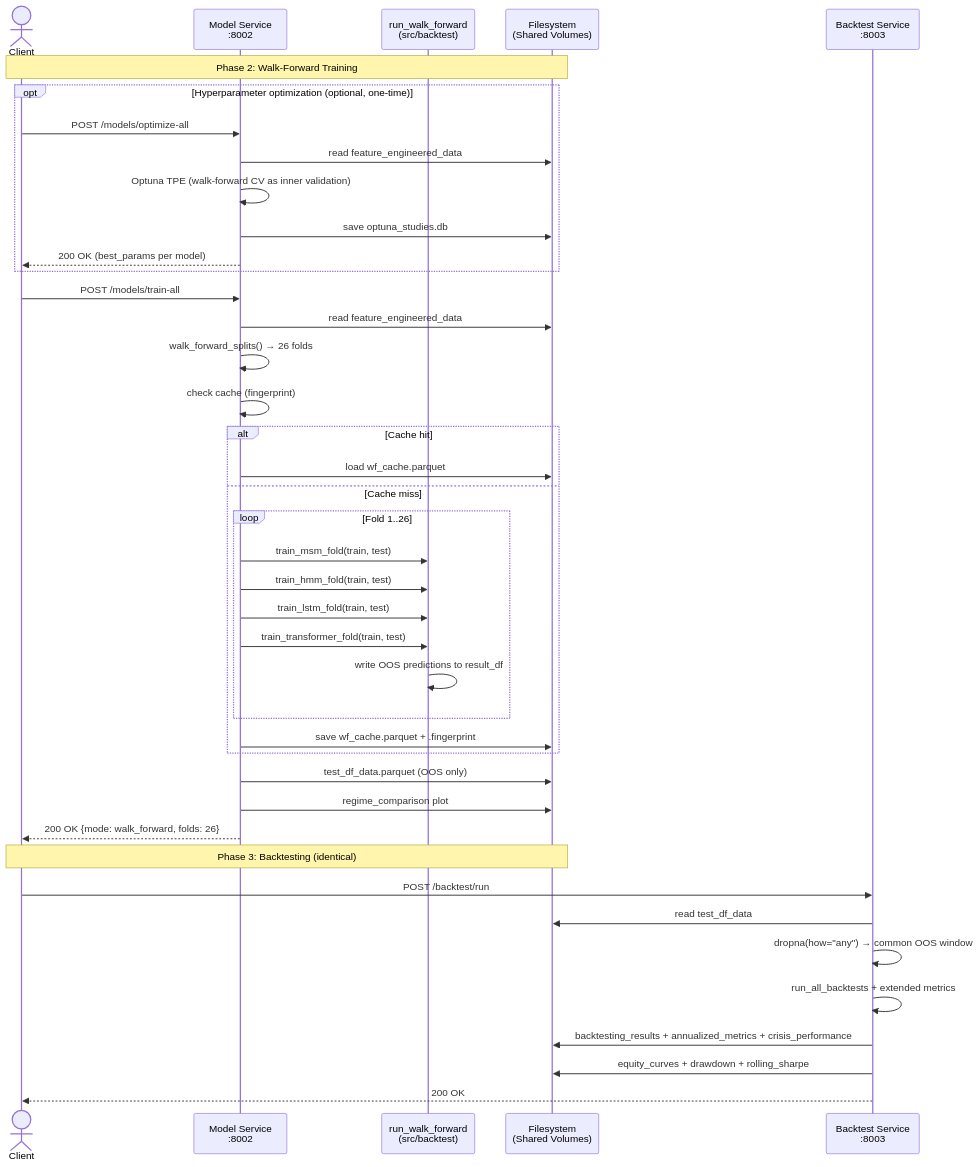
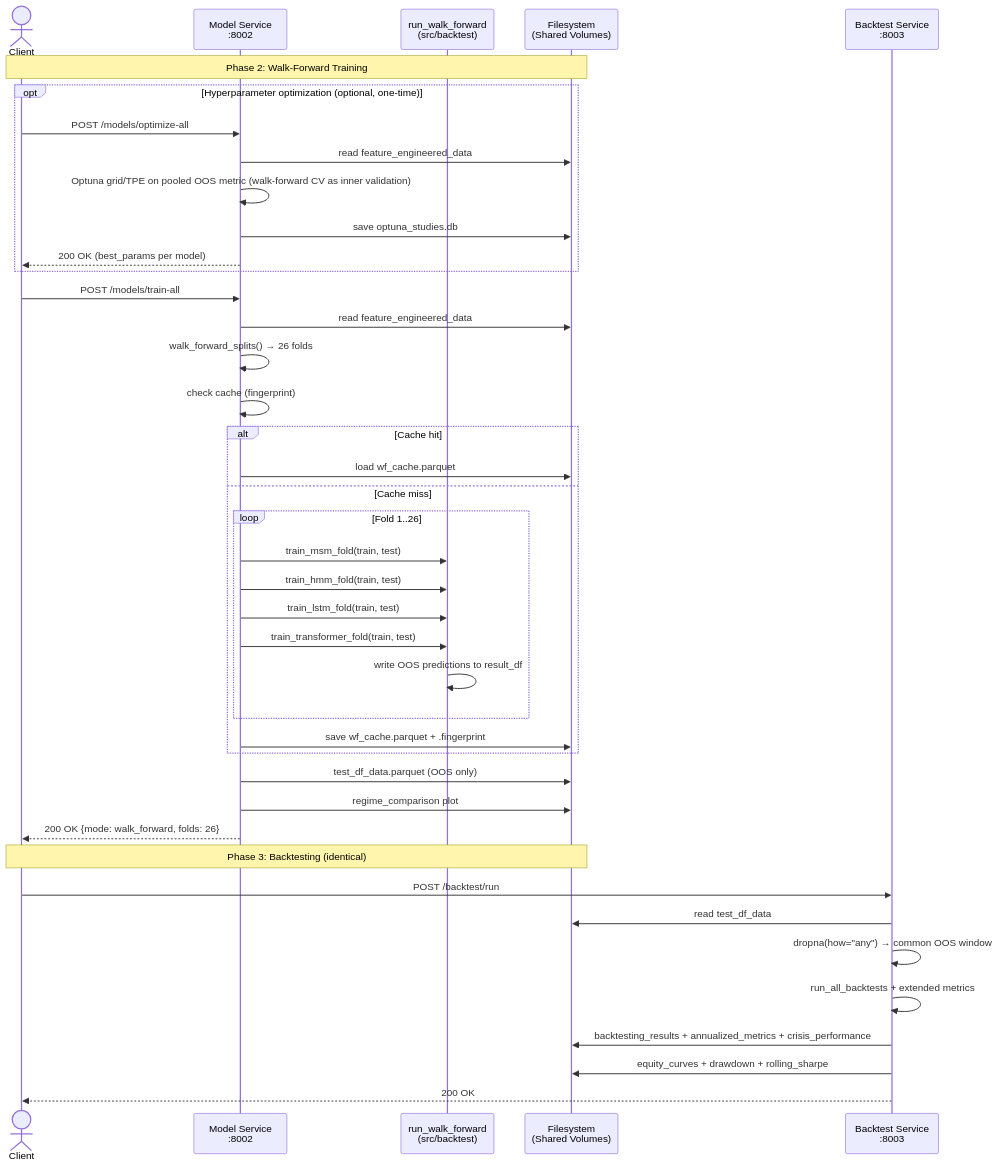
The second of 3 diagrams in docs/microservice-sequence-diagram.md (Torim98/regime-switching-daa-paper), drawn with Mermaid before and after one commit. The commit also changed 7 other files, not shown here.

````diff
--- a/docs/microservice-sequence-diagram.md
+++ b/docs/microservice-sequence-diagram.md
@@ -83,45 +83,45 @@
 ```mermaid
 sequenceDiagram
     actor Client
     participant MS as Model Service<br/>:8002
     participant WF as run_walk_forward<br/>(src/backtest)
     participant FS as Filesystem<br/>(Shared Volumes)
     participant BS as Backtest Service<br/>:8003
 
     Note over Client,FS: Phase 2: Walk-Forward Training
 	opt Hyperparameter optimization (optional, one-time)
         Client->>MS: POST /models/optimize-all
         MS->>FS: read feature_engineered_data
-        MS->>MS: Optuna TPE (walk-forward CV as inner validation)
+        MS->>MS: Optuna grid/TPE on pooled OOS metric (walk-forward CV as inner validation)
         MS->>FS: save optuna_studies.db
         MS-->>Client: 200 OK (best_params per model)
     end
     Client->>MS: POST /models/train-all
     MS->>FS: read feature_engineered_data
     MS->>MS: walk_forward_splits() → 26 folds
     MS->>MS: check cache (fingerprint)
     alt Cache hit
         MS->>FS: load wf_cache.parquet
     else Cache miss
         loop Fold 1..26
             MS->>WF: train_msm_fold(train, test)
             MS->>WF: train_hmm_fold(train, test)
             MS->>WF: train_lstm_fold(train, test)
             MS->>WF: train_transformer_fold(train, test)
             WF->>WF: write OOS predictions to result_df
         end
         MS->>FS: save wf_cache.parquet + .fingerprint
     end
     MS->>FS: test_df_data.parquet (OOS only)
     MS->>FS: regime_comparison plot
     MS-->>Client: 200 OK {mode: walk_forward, folds: 26}
 
     Note over Client,FS: Phase 3: Backtesting (identical)
     Client->>BS: POST /backtest/run
     BS->>FS: read test_df_data
     BS->>BS: dropna(how="any") → common OOS window
     BS->>BS: run_all_backtests + extended metrics
     BS->>FS: backtesting_results + annualized_metrics + crisis_performance
     BS->>FS: equity_curves + drawdown + rolling_sharpe
     BS-->>Client: 200 OK
 ```
````
